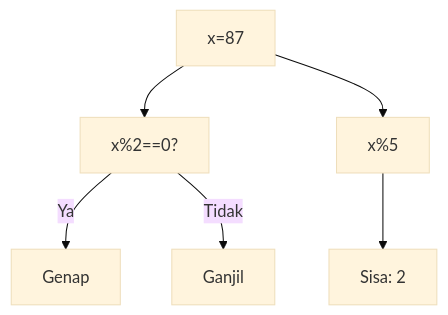
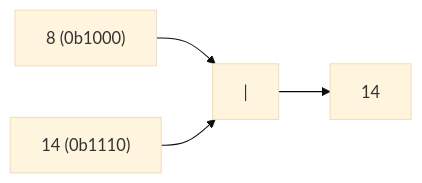
One commit to amnahwaida/OSNK_INF_PREP changed diagram 14 of 25 in part-c-pemahaman-cpp/06-bitwise/latihan/set-01.md. Above: the diagram before and after it, drawn with Mermaid (base theme). The commit also changed other lines of this file and 71 other files, not shown here.

````diff
--- a/part-c-pemahaman-cpp/06-bitwise/latihan/set-01.md
+++ b/part-c-pemahaman-cpp/06-bitwise/latihan/set-01.md
@@ -466,8 +363,6 @@
 ```mermaid
-graph TD
-A["x=87"] --> B["x%2==0?"]
-B -- Ya --> C["Genap"]
-B -- Tidak --> D["Ganjil"]
-A --> E["x%5"]
-E --> F["Sisa: 2"]
+graph LR
+A["8 (0b1000)"] --> C["|"]
+B["14 (0b1110)"] --> C
+C --> D["14"]
 ```
````
